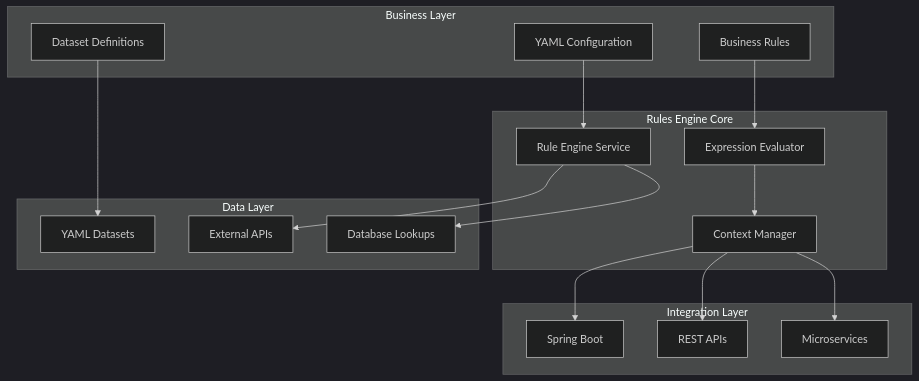
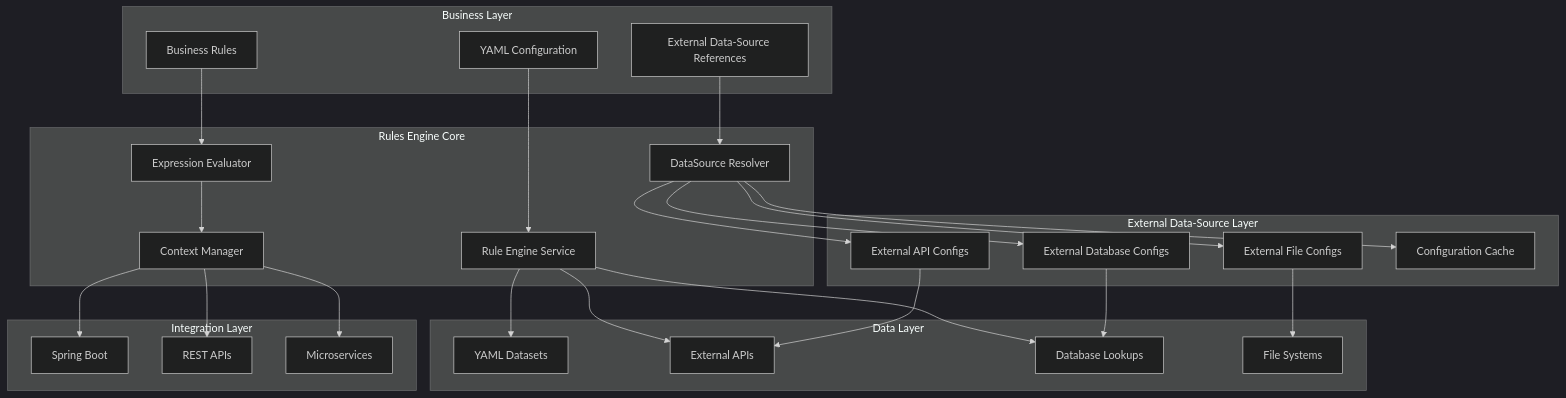
Before and after one commit to mraysmit/apex: the diagram in README.md, drawn with Mermaid (dark theme). The commit also changed other lines of this file and 4 other files, not shown here.

````diff
--- a/README.md
+++ b/README.md
@@ -52,36 +147,53 @@
 ```mermaid
 graph TB
     subgraph "Business Layer"
         A[Business Rules]
         B[YAML Configuration]
-        C[Dataset Definitions]
+        C[External Data-Source References]
     end
 
     subgraph "Rules Engine Core"
         D[Expression Evaluator]
         E[Rule Engine Service]
         F[Context Manager]
+        G[DataSource Resolver]
+    end
+
+    subgraph "External Data-Source Layer"
+        H[External Database Configs]
+        I[External API Configs]
+        J[External File Configs]
+        K[Configuration Cache]
     end
 
     subgraph "Data Layer"
-        G[YAML Datasets]
-        H[External APIs]
-        I[Database Lookups]
+        L[YAML Datasets]
+        M[External APIs]
+        N[Database Lookups]
+        O[File Systems]
     end
 
     subgraph "Integration Layer"
-        J[Spring Boot]
-        K[REST APIs]
-        L[Microservices]
+        P[Spring Boot]
+        Q[REST APIs]
+        R[Microservices]
     end
 
     A --> D
     B --> E
     C --> G
+    G --> H
+    G --> I
+    G --> J
+    G --> K
+    H --> N
+    I --> M
+    J --> O
     D --> F
-    E --> H
-    E --> I
-    F --> J
-    F --> K
-    F --> L
+    E --> L
+    E --> M
+    E --> N
+    F --> P
+    F --> Q
+    F --> R
 ```
````
